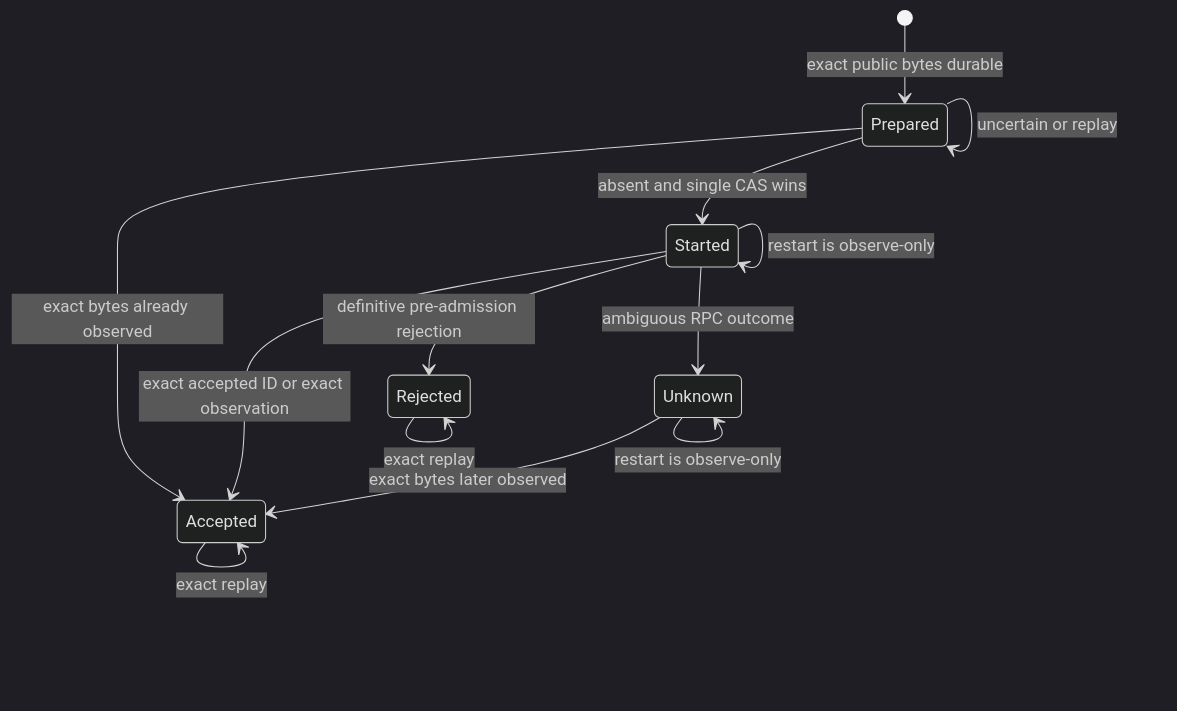
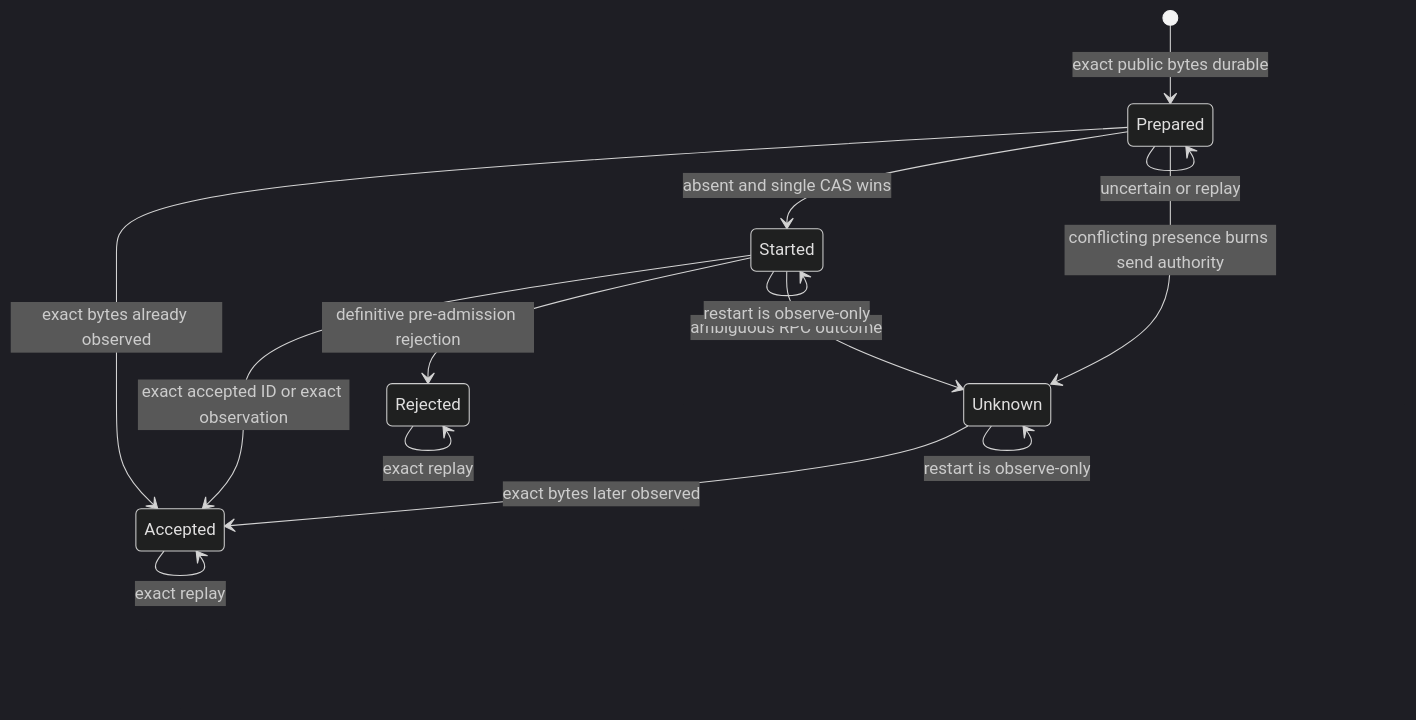
The first of 2 diagrams in docs/architecture/0033-persist-public-effects-before-submission.md (gateway-fm/lez-atomic-swaps), drawn with Mermaid (dark theme) before and after one commit. The commit also changed other lines of this file and 14 other files, not shown here.

````diff
--- a/docs/architecture/0033-persist-public-effects-before-submission.md
+++ b/docs/architecture/0033-persist-public-effects-before-submission.md
@@ -39,15 +42,16 @@
 ```mermaid
 stateDiagram-v2
     [*] --> Prepared: exact public bytes durable
     Prepared --> Accepted: exact bytes already observed
     Prepared --> Started: absent and single CAS wins
+    Prepared --> Unknown: conflicting presence burns send authority
     Started --> Accepted: exact accepted ID or exact observation
     Started --> Rejected: definitive pre-admission rejection
     Started --> Unknown: ambiguous RPC outcome
     Unknown --> Accepted: exact bytes later observed
     Prepared --> Prepared: uncertain or replay
     Started --> Started: restart is observe-only
     Unknown --> Unknown: restart is observe-only
     Accepted --> Accepted: exact replay
     Rejected --> Rejected: exact replay
 ```
````
